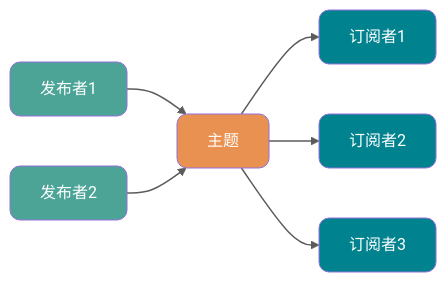
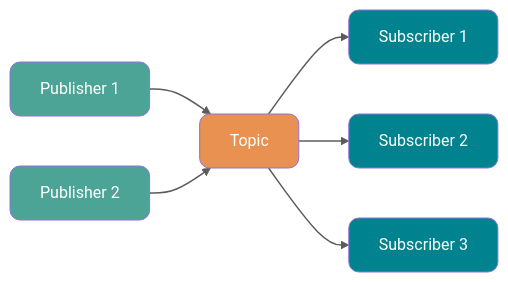
Before and after one commit to m3h3d1/JavaGuideEn: the third of 13 diagrams in docs/high-performance/message-queue/rocketmq-questions.md, drawn with Mermaid. The commit also changed other lines of this file and 128 other files, not shown here.

````diff
--- a/docs/high-performance/message-queue/rocketmq-questions.md
+++ b/docs/high-performance/message-queue/rocketmq-questions.md
@@ -234,18 +234,18 @@
 ```mermaid
 flowchart LR
-    P1["发布者1"] --> T["主题"]
-    P2["发布者2"] --> T
-    T --> S1["订阅者1"]
-    T --> S2["订阅者2"]
-    T --> S3["订阅者3"]
+    P1["Publisher 1"] --> T["Topic"]
+    P2["Publisher 2"] --> T
+    T --> S1["Subscriber 1"]
+    T --> S2["Subscriber 2"]
+    T --> S3["Subscriber 3"]
 
     classDef publisher fill:#4CA497,color:#fff,rx:10,ry:10
     classDef topic fill:#E99151,color:#fff,rx:10,ry:10
     classDef subscriber fill:#00838F,color:#fff,rx:10,ry:10
 
     class P1,P2 publisher
     class T topic
     class S1,S2,S3 subscriber
 
     linkStyle default stroke-width:1.5px,opacity:0.8
 ```
````
